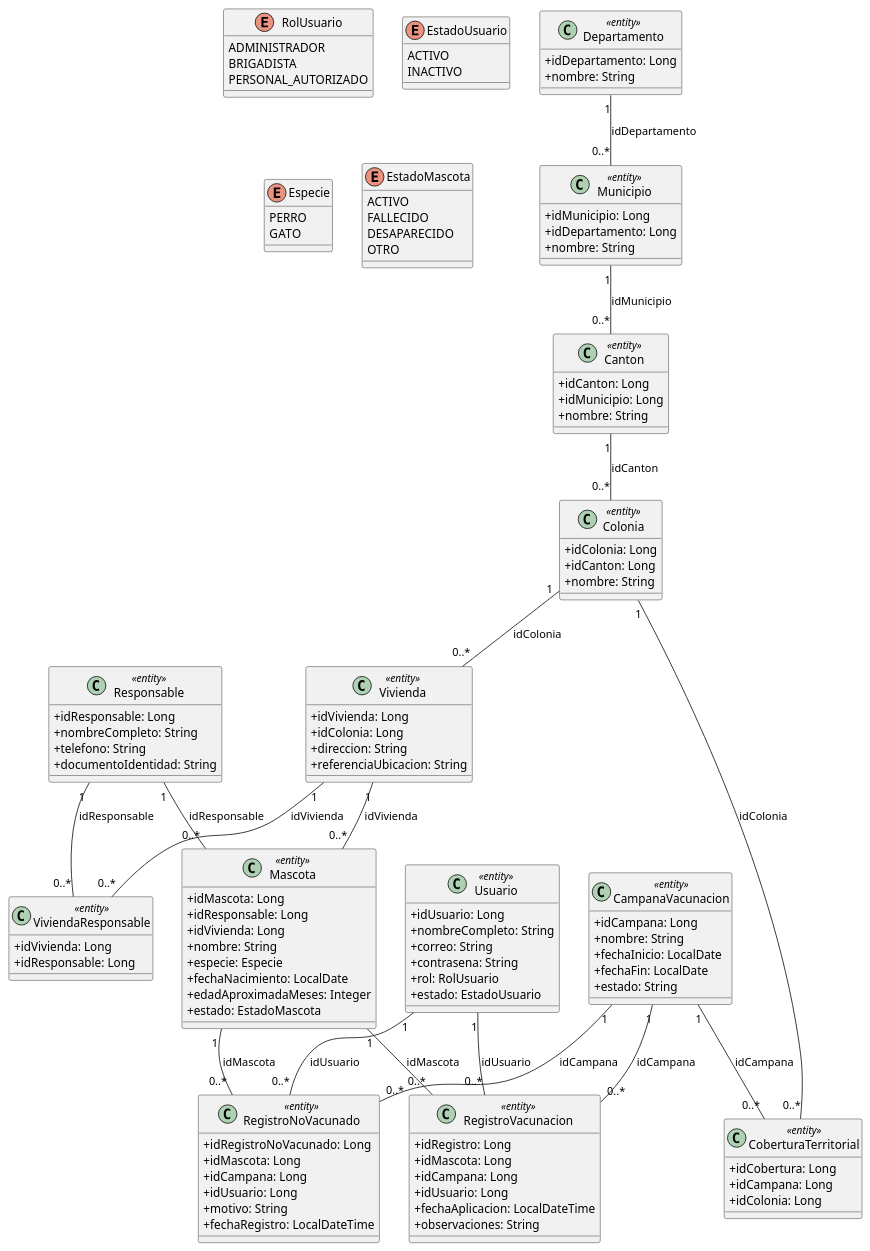
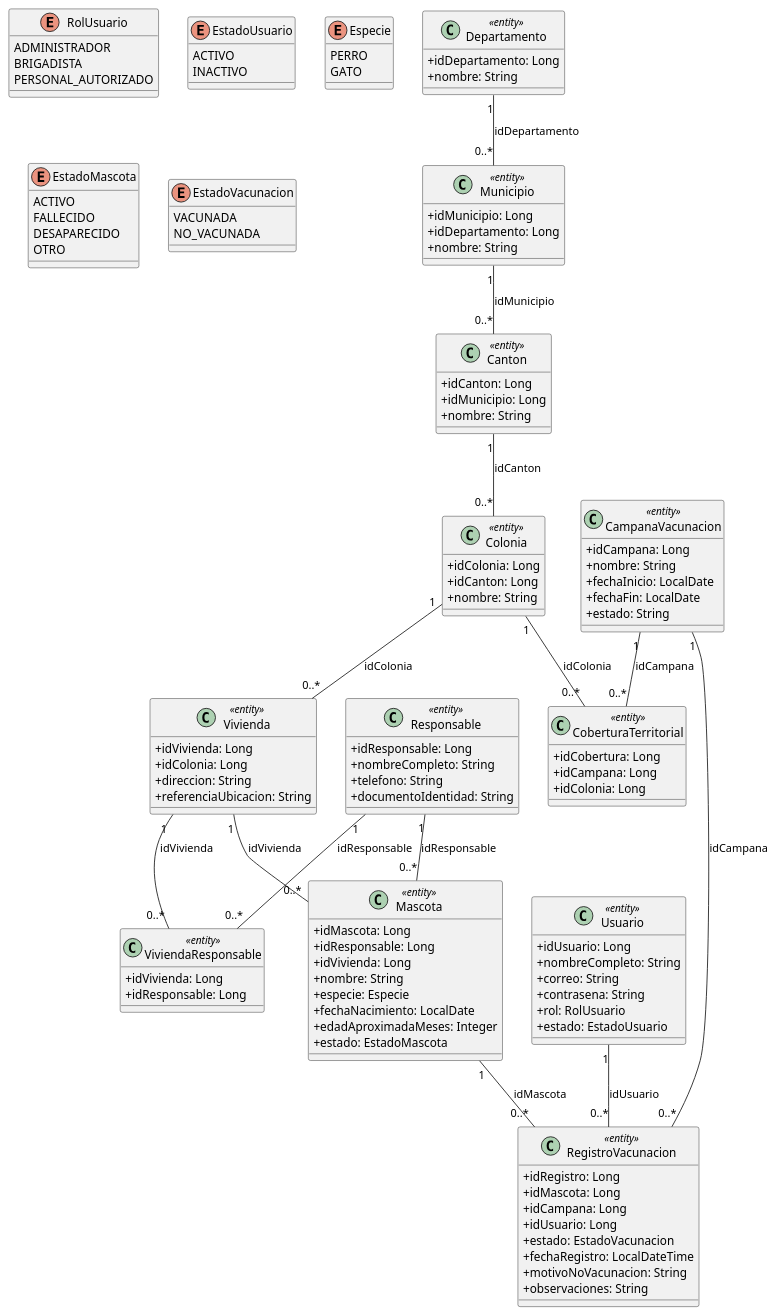
One commit to Alfredo2809/SISTEMA-DE-VACUNACION-ANIMAL changed the diagram in src/main/Diagramas/ClaseDB.puml. Above: the diagram before and after it, drawn with PlantUML. The commit also changed 2 other files, not shown here.

Commit message:
Actualizar diagramas: unificar Vacunado/NoVacunado en RegistroVacunacion

```diff
--- a/src/main/Diagramas/ClaseDB.puml
+++ b/src/main/Diagramas/ClaseDB.puml
@@ -1,146 +1,146 @@
 @startuml
 skinparam classAttributeIconSize 0
 
 ' Enumeraciones
 enum RolUsuario {
   ADMINISTRADOR
   BRIGADISTA
   PERSONAL_AUTORIZADO
 }
 
 enum EstadoUsuario {
   ACTIVO
   INACTIVO
 }
 
 enum Especie {
   PERRO
   GATO
 }
 
 enum EstadoMascota {
   ACTIVO
   FALLECIDO
   DESAPARECIDO
   OTRO
 }
 
-' Entidades adaptadas a Convención Java (UpperCamelCase en Clases y lowerCamelCase en Atributos)
+' Nuevo enumerador para manejar si fue vacunada o no en el mismo registro
+enum EstadoVacunacion {
+  VACUNADA
+  NO_VACUNADA
+}
+
+' Entidades adaptadas a Convención Java
 class Departamento <<entity>> {
   + idDepartamento: Long
   + nombre: String
 }
 
 class Municipio <<entity>> {
   + idMunicipio: Long
   + idDepartamento: Long
   + nombre: String
 }
 
 class Canton <<entity>> {
   + idCanton: Long
   + idMunicipio: Long
   + nombre: String
 }
 
 class Colonia <<entity>> {
   + idColonia: Long
   + idCanton: Long
   + nombre: String
 }
 
 class Vivienda <<entity>> {
   + idVivienda: Long
   + idColonia: Long
   + direccion: String
   + referenciaUbicacion: String
 }
 
 class Responsable <<entity>> {
   + idResponsable: Long
   + nombreCompleto: String
   + telefono: String
   + documentoIdentidad: String
 }
 
 class ViviendaResponsable <<entity>> {
   + idVivienda: Long
   + idResponsable: Long
 }
 
 class Mascota <<entity>> {
   + idMascota: Long
   + idResponsable: Long
   + idVivienda: Long
   + nombre: String
   + especie: Especie
   + fechaNacimiento: LocalDate
   + edadAproximadaMeses: Integer
   + estado: EstadoMascota
 }
 
 class Usuario <<entity>> {
   + idUsuario: Long
   + nombreCompleto: String
   + correo: String
   + contrasena: String
   + rol: RolUsuario
   + estado: EstadoUsuario
 }
 
 class CampanaVacunacion <<entity>> {
   + idCampana: Long
   + nombre: String
   + fechaInicio: LocalDate
   + fechaFin: LocalDate
   + estado: String
 }
 
 class CoberturaTerritorial <<entity>> {
   + idCobertura: Long
   + idCampana: Long
   + idColonia: Long
 }
 
+' Entidad unificada para los registros de vacunación (Vacunados y No Vacunados)
 class RegistroVacunacion <<entity>> {
   + idRegistro: Long
   + idMascota: Long
   + idCampana: Long
   + idUsuario: Long
-  + fechaAplicacion: LocalDateTime
+  + estado: EstadoVacunacion
+  + fechaRegistro: LocalDateTime
+  + motivoNoVacunacion: String
   + observaciones: String
 }
 
-class RegistroNoVacunado <<entity>> {
-  + idRegistroNoVacunado: Long
-  + idMascota: Long
-  + idCampana: Long
-  + idUsuario: Long
-  + motivo: String
-  + fechaRegistro: LocalDateTime
-}
-
-' Relaciones
+' Relaciones Territoriales
 Departamento "1" -- "0..*" Municipio : idDepartamento
 Municipio "1" -- "0..*" Canton : idMunicipio
 Canton "1" -- "0..*" Colonia : idCanton
 Colonia "1" -- "0..*" Vivienda : idColonia
 Colonia "1" -- "0..*" CoberturaTerritorial : idColonia
 
+' Relaciones Vivienda y Responsable
 Responsable "1" -- "0..*" ViviendaResponsable : idResponsable
 Vivienda "1" -- "0..*" ViviendaResponsable : idVivienda
 
+' Relaciones Mascotas
 Responsable "1" -- "0..*" Mascota : idResponsable
 Vivienda "1" -- "0..*" Mascota : idVivienda
 
+' Relaciones Campaña
 CampanaVacunacion "1" -- "0..*" CoberturaTerritorial : idCampana
 CampanaVacunacion "1" -- "0..*" RegistroVacunacion : idCampana
-CampanaVacunacion "1" -- "0..*" RegistroNoVacunado : idCampana
 
+' Relaciones Registros
 Mascota "1" -- "0..*" RegistroVacunacion : idMascota
-Mascota "1" -- "0..*" RegistroNoVacunado : idMascota
-
 Usuario "1" -- "0..*" RegistroVacunacion : idUsuario
-Usuario "1" -- "0..*" RegistroNoVacunado : idUsuario
 
 @enduml
```
